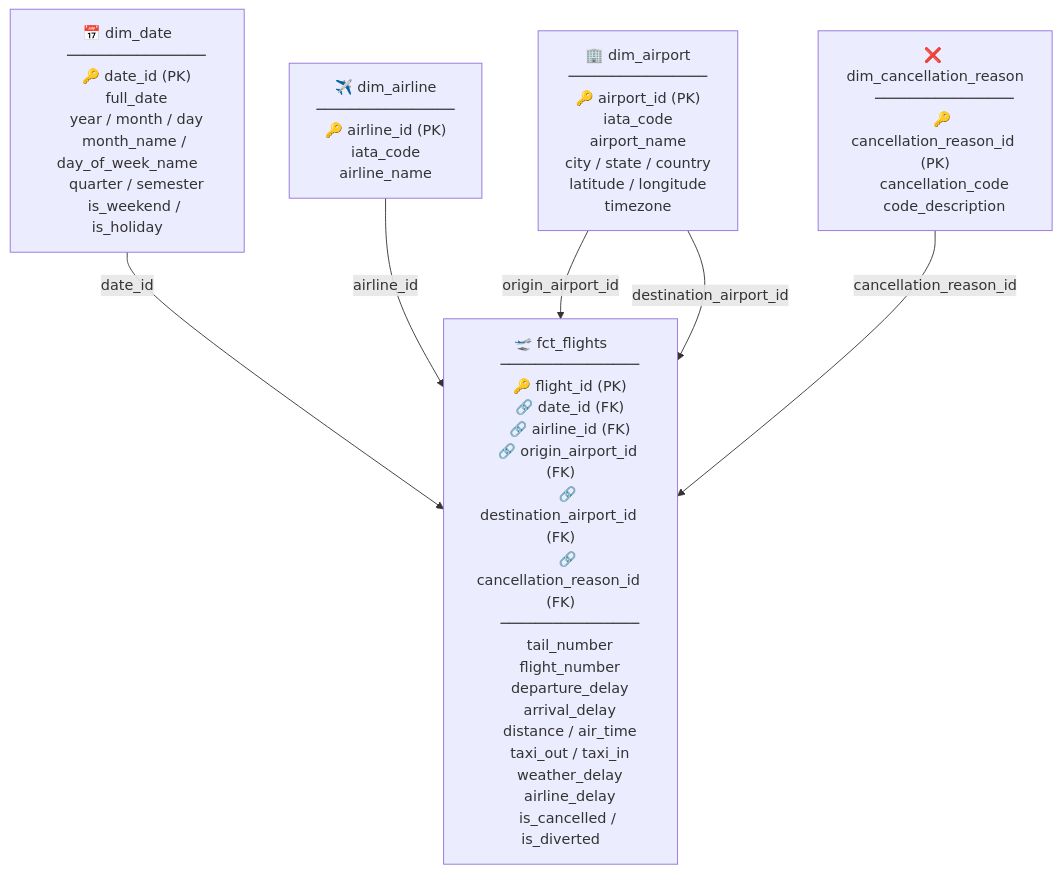
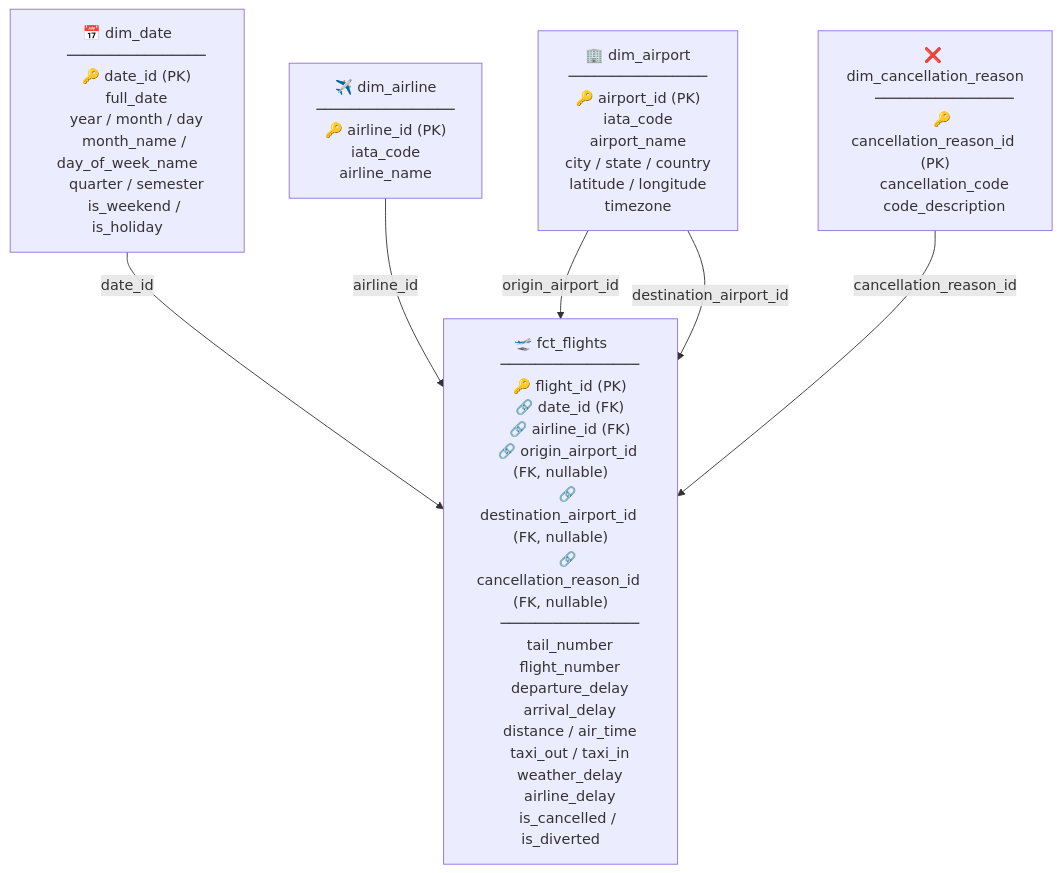
The diagram in docs/star_schema.md (Michael-2405/flight-delays-analysis), drawn with Mermaid before and after one commit. The commit also changed other lines of this file and 7 other files, not shown here.

````diff
--- a/docs/star_schema.md
+++ b/docs/star_schema.md
@@ -3,57 +3,57 @@
 ```mermaid
 flowchart TB
     dim_date["📅 dim_date
     ────────────────
     🔑 date_id (PK)
     full_date
     year / month / day
     month_name / day_of_week_name
     quarter / semester
     is_weekend / is_holiday"]
 
     dim_airline["✈️ dim_airline
     ────────────────
     🔑 airline_id (PK)
     iata_code
     airline_name"]
 
     dim_airport["🏢 dim_airport
     ────────────────
     🔑 airport_id (PK)
     iata_code
     airport_name
     city / state / country
     latitude / longitude
     timezone"]
 
     dim_cancellation["❌ dim_cancellation_reason
     ────────────────
     🔑 cancellation_reason_id (PK)
     cancellation_code
     code_description"]
 
     fct_flights["🛫 fct_flights
     ────────────────
     🔑 flight_id (PK)
     🔗 date_id (FK)
     🔗 airline_id (FK)
-    🔗 origin_airport_id (FK)
-    🔗 destination_airport_id (FK)
-    🔗 cancellation_reason_id (FK)
+    🔗 origin_airport_id (FK, nullable)
+    🔗 destination_airport_id (FK, nullable)
+    🔗 cancellation_reason_id (FK, nullable)
     ────────────────
     tail_number
     flight_number
     departure_delay
     arrival_delay
     distance / air_time
     taxi_out / taxi_in
     weather_delay
     airline_delay
     is_cancelled / is_diverted"]
 
     dim_date -->|date_id| fct_flights
     dim_airline -->|airline_id| fct_flights
     dim_airport -->|origin_airport_id| fct_flights
     dim_airport -->|destination_airport_id| fct_flights
     dim_cancellation -->|cancellation_reason_id| fct_flights
 ```
````
